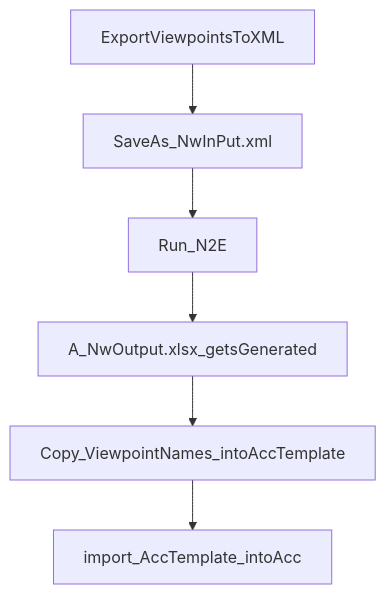
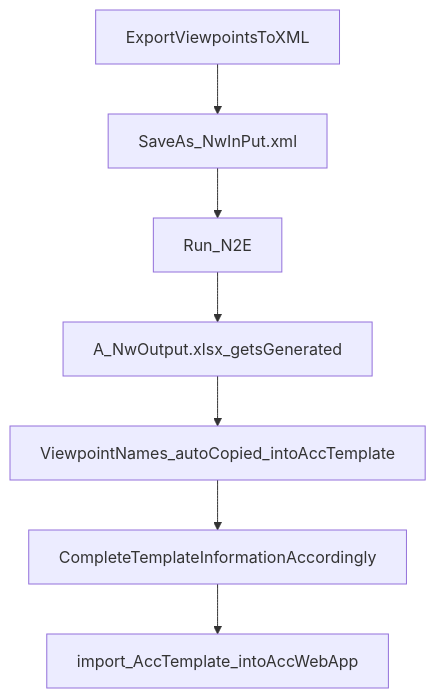
One commit to mathematics333/N2eParser changed the diagram in README.md. Above: the diagram before and after it, drawn with Mermaid. The commit also changed other lines of this file and 2 other files, not shown here.

````diff
--- a/README.md
+++ b/README.md
@@ -18,4 +22,5 @@
 ```mermaid
    graph TD;
-       ExportViewpointsToXML-->SaveAs_NwInPut.xml-->Run_N2E-->A_NwOutput.xlsx_getsGenerated-->Copy_ViewpointNames_intoAccTemplate-->import_AccTemplate_intoAcc;
+       ExportViewpointsToXML-->SaveAs_NwInPut.xml-->Run_N2E-->A_NwOutput.xlsx_getsGenerated-->ViewpointNames_autoCopied_intoAccTemplate-->CompleteTemplateInformationAccordingly-->import_AccTemplate_intoAccWebApp;
+       
 ```
````
